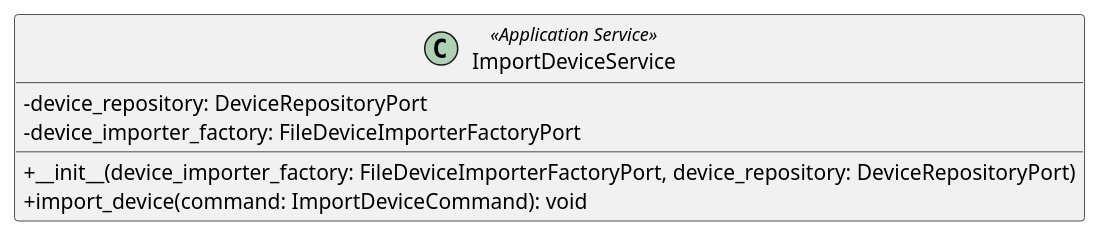
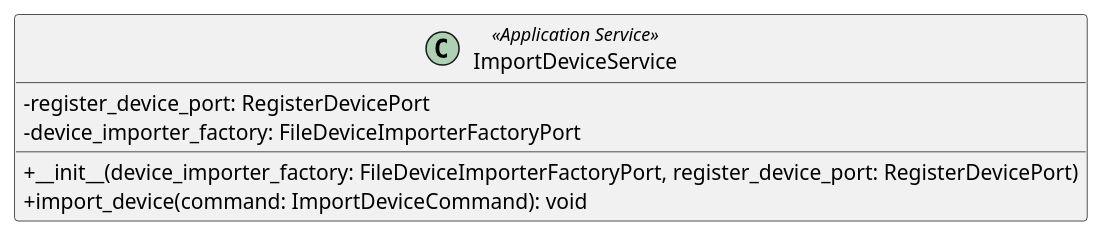
Before and after one commit to GroupRubberDuck/Documentazione: the diagram in src/PB/DocumentazioneEsterna/Specifica_Tecnica/content/uml/puml/Diagrammi_classi/Backend/ApplicationServices/ImportDeviceService.puml, drawn with PlantUML. The commit also changed 12 other files, not shown here.

```diff
--- a/src/PB/DocumentazioneEsterna/Specifica_Tecnica/content/uml/puml/Diagrammi_classi/Backend/ApplicationServices/ImportDeviceService.puml
+++ b/src/PB/DocumentazioneEsterna/Specifica_Tecnica/content/uml/puml/Diagrammi_classi/Backend/ApplicationServices/ImportDeviceService.puml
@@ -1,10 +1,10 @@
 @startuml ImportDeviceService
 skinparam classAttributeIconSize 0
 class ImportDeviceService <<Application Service>> {
-    - device_repository: DeviceRepositoryPort
+    - register_device_port: RegisterDevicePort
     - device_importer_factory: FileDeviceImporterFactoryPort
-    + __init__(device_importer_factory: FileDeviceImporterFactoryPort, device_repository: DeviceRepositoryPort)
+    + __init__(device_importer_factory: FileDeviceImporterFactoryPort, register_device_port: RegisterDevicePort)
     + import_device(command: ImportDeviceCommand): void
 }
 
 @enduml
```
